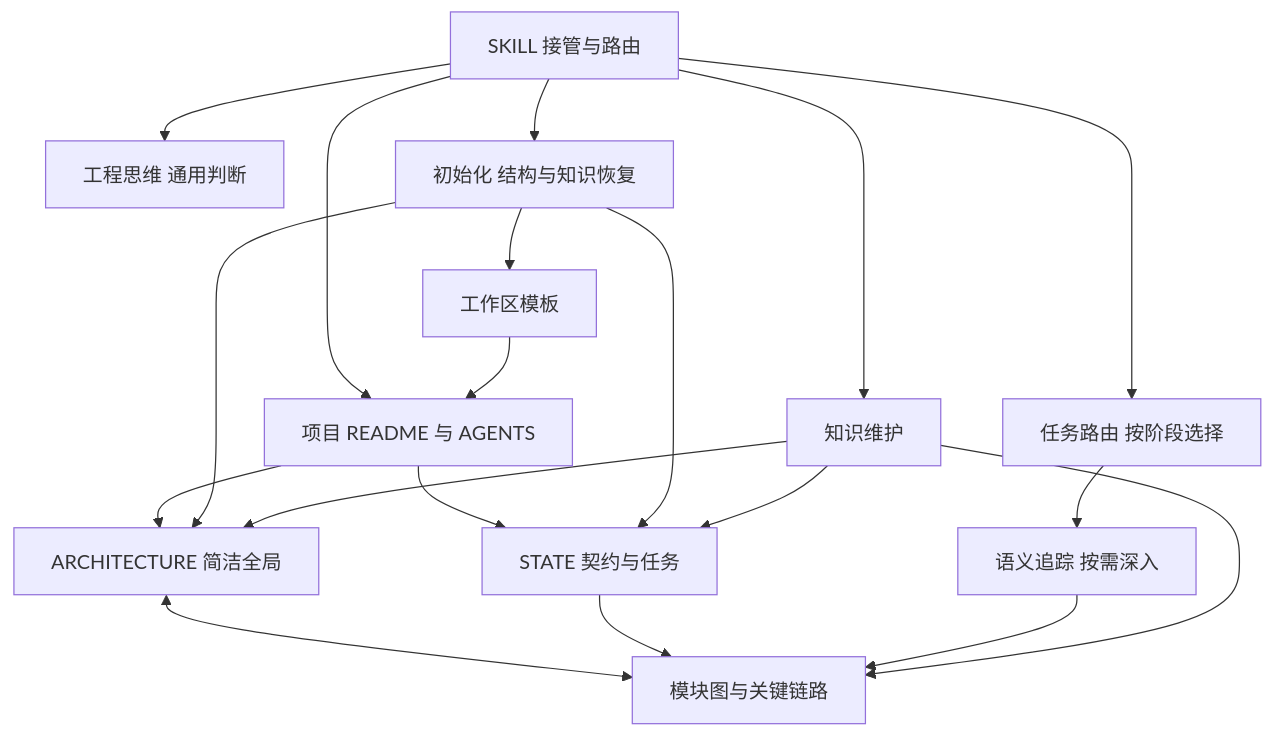
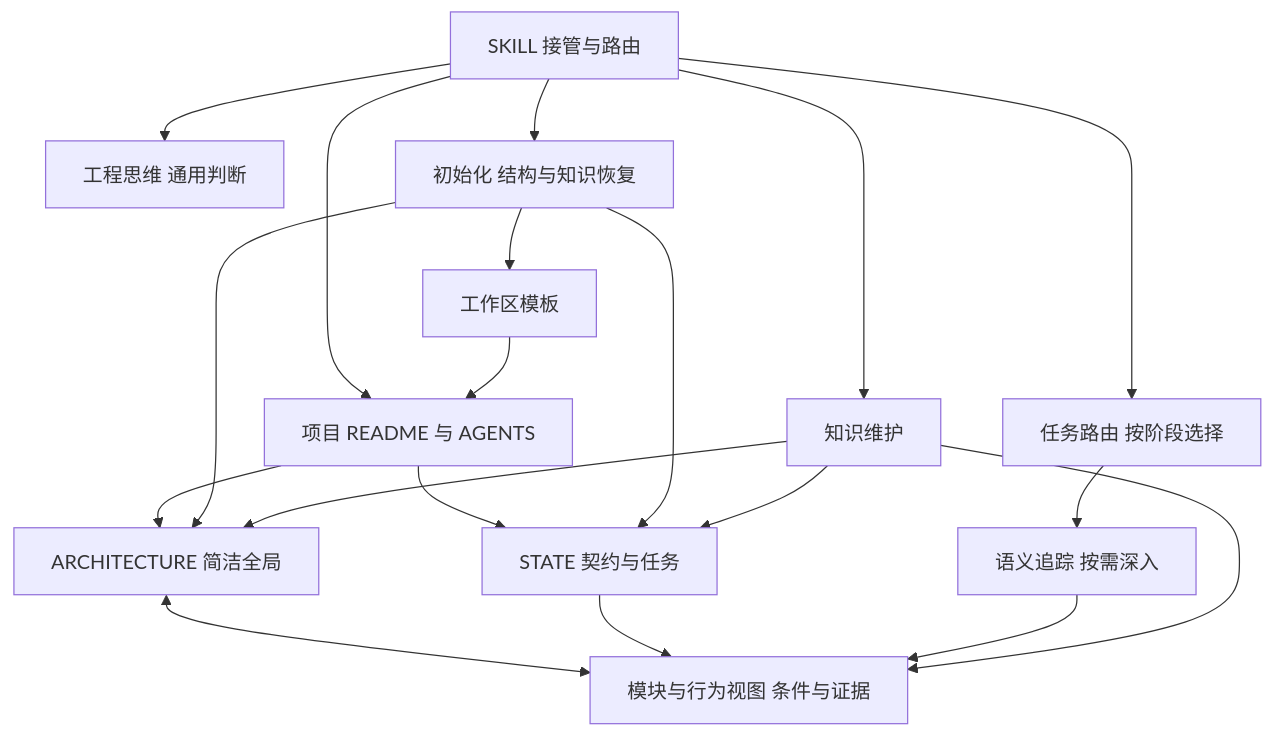
Before and after one commit to jiale-li-orion/arch-thinking-skill: the first of 2 diagrams in README.md, drawn with Mermaid. The commit also changed other lines of this file and 18 other files, not shown here.

Commit message:
Package architecture thinking as installable Codex skill and plugin

````diff
--- a/README.md
+++ b/README.md
@@ -25,21 +38,21 @@
 ```mermaid
 flowchart TB
     SK[SKILL 接管与路由] --> EN[项目 README 与 AGENTS]
     EN --> AR[ARCHITECTURE 简洁全局]
     EN --> ST[STATE 契约与任务]
     SK --> TH[工程思维 通用判断]
     SK --> RT[任务路由 按阶段选择]
     RT --> TR[语义追踪 按需深入]
     SK --> IN[初始化 结构与知识恢复]
     IN --> TM[工作区模板]
     TM --> EN
     IN --> AR
     IN --> ST
-    AR <--> FL[模块图与关键链路]
+    AR <--> FL[模块与行为视图 条件与证据]
     ST --> FL
     TR --> FL
     SK --> KM[知识维护]
     KM --> AR
     KM --> ST
     KM --> FL
 ```
````
